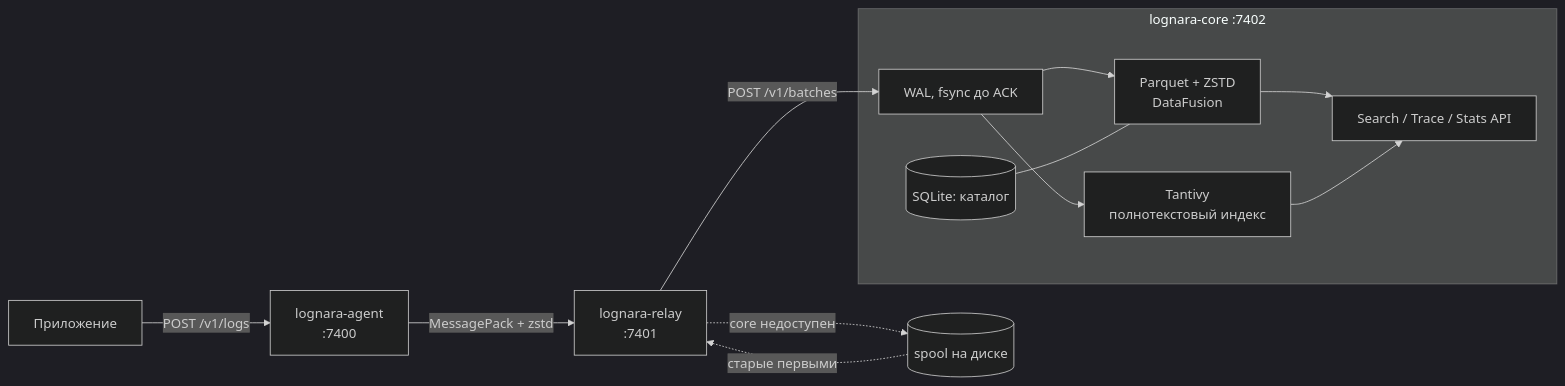
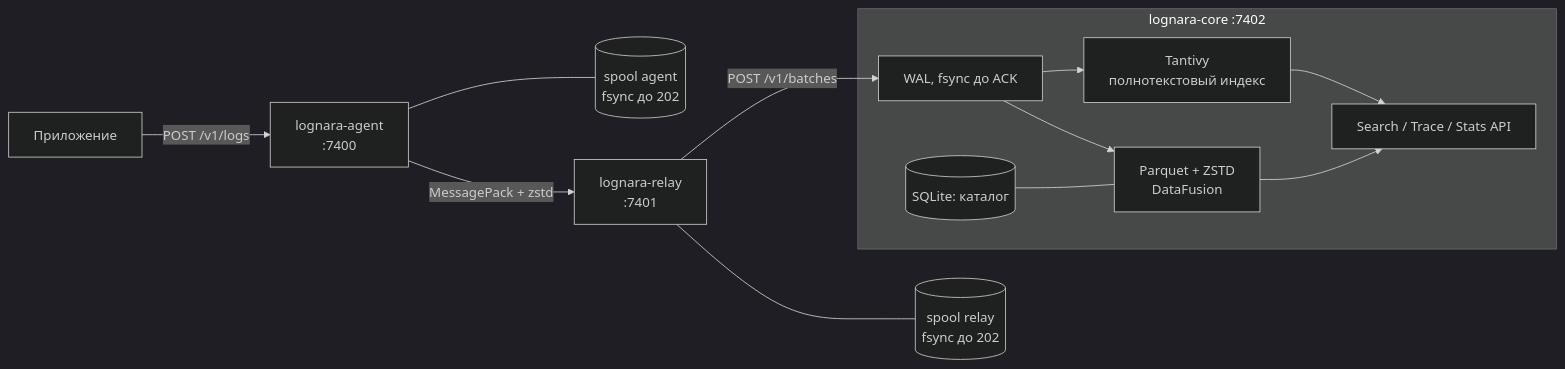
Before and after one commit to Liis17/Lognara: the diagram in README.md, drawn with Mermaid (dark theme). The commit also changed other lines of this file and 17 other files, not shown here.

````diff
--- a/README.md
+++ b/README.md
@@ -18,16 +18,16 @@
 ```mermaid
 flowchart LR
     App["Приложение"] -->|"POST /v1/logs"| Agent["lognara-agent<br/>:7400"]
     Agent -->|"MessagePack + zstd"| Relay["lognara-relay<br/>:7401"]
-    Relay -.->|"core недоступен"| Spool[("spool на диске")]
-    Spool -.->|"старые первыми"| Relay
+    Agent --- AgentSpool[("spool agent<br/>fsync до 202")]
+    Relay --- Spool[("spool relay<br/>fsync до 202")]
     Relay -->|"POST /v1/batches"| WAL
 
     subgraph Core["lognara-core :7402"]
         WAL["WAL, fsync до ACK"] --> Seg["Parquet + ZSTD<br/>DataFusion"]
         WAL --> Idx["Tantivy<br/>полнотекстовый индекс"]
         Cat[("SQLite: каталог")] --- Seg
         Seg --> API["Search / Trace / Stats API"]
         Idx --> API
     end
 ```
````
